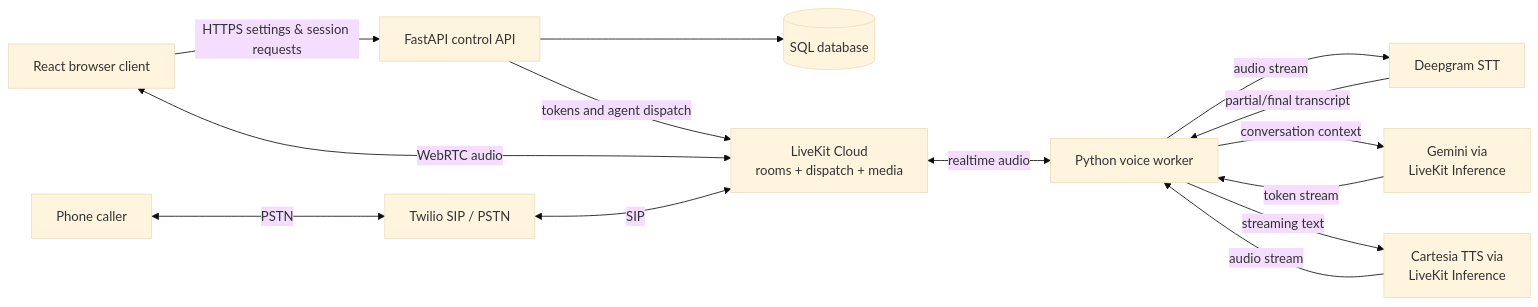
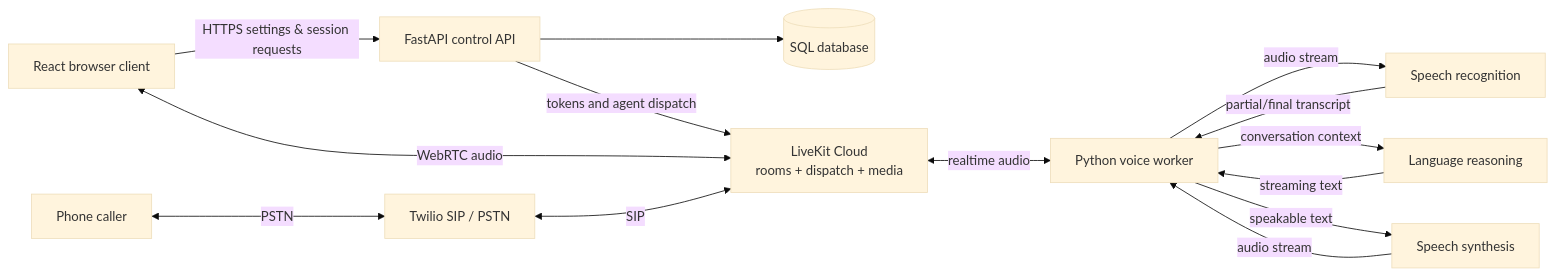
One commit to Hafizmuhammedk/voice_agent changed the first of 3 diagrams in README.md. Above: the diagram before and after it, drawn with Mermaid (base theme). The commit also changed other lines of this file and 2 other files, not shown here.

Commit message:
fix: update README and flow diagram to clarify speech processing components and terminology

````diff
--- a/README.md
+++ b/README.md
@@ -65,27 +65,27 @@
 ```mermaid
 flowchart LR
     Browser[React browser client]
     Phone[Phone caller]
     API[FastAPI control API]
     DB[(SQL database)]
     LK[LiveKit Cloud<br/>rooms + dispatch + media]
     Worker[Python voice worker]
-    DG[Deepgram STT]
-    Gemini[Gemini via<br/>LiveKit Inference]
-    Cartesia[Cartesia TTS via<br/>LiveKit Inference]
+    SpeechIn[Speech recognition]
+    Reasoning[Language reasoning]
+    SpeechOut[Speech synthesis]
     Twilio[Twilio SIP / PSTN]
 
     Browser -->|HTTPS settings & session requests| API
     API --> DB
     API -->|tokens and agent dispatch| LK
     Browser <-->|WebRTC audio| LK
     Phone <-->|PSTN| Twilio
     Twilio <-->|SIP| LK
     LK <-->|realtime audio| Worker
-    Worker -->|audio stream| DG
-    DG -->|partial/final transcript| Worker
-    Worker -->|conversation context| Gemini
-    Gemini -->|token stream| Worker
-    Worker -->|streaming text| Cartesia
-    Cartesia -->|audio stream| Worker
+    Worker -->|audio stream| SpeechIn
+    SpeechIn -->|partial/final transcript| Worker
+    Worker -->|conversation context| Reasoning
+    Reasoning -->|streaming text| Worker
+    Worker -->|speakable text| SpeechOut
+    SpeechOut -->|audio stream| Worker
 ```
````
